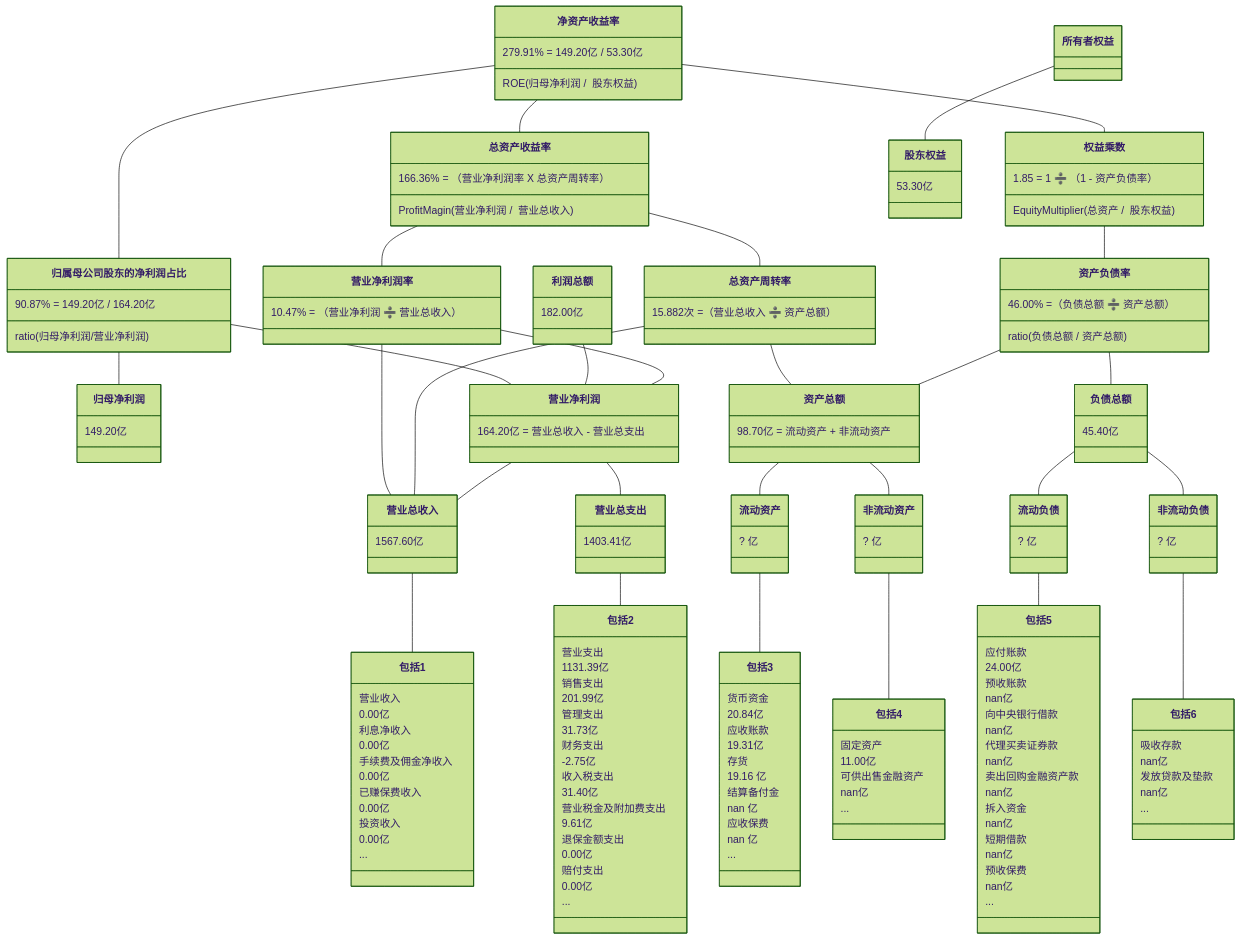
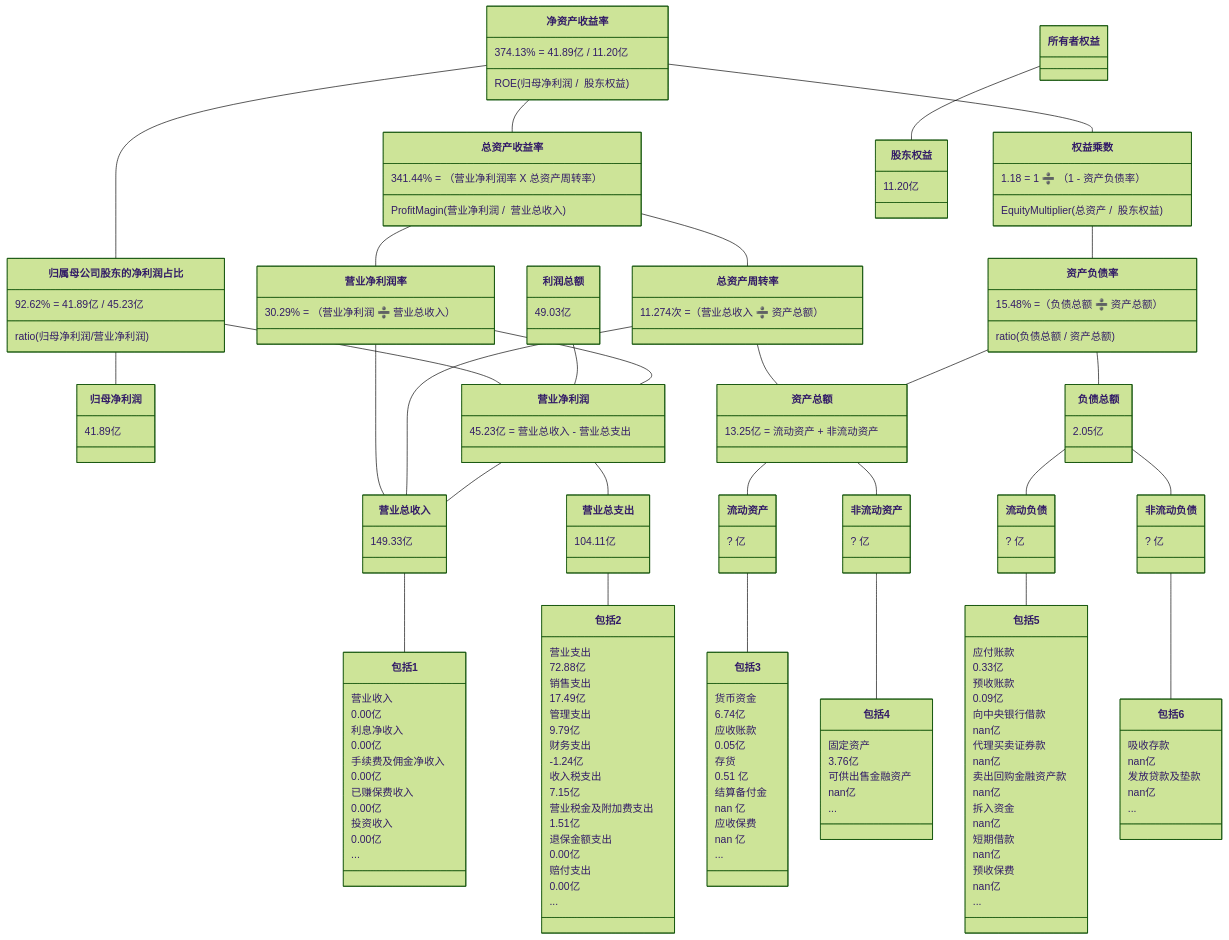
The third of 10 diagrams in 2/2.md (TheVeryDarkness/cs410), drawn with Mermaid (forest theme) before and after one commit. The commit also changed other lines of this file and 53 other files, not shown here.

````diff
--- a/2/2.md
+++ b/2/2.md
@@ -349,45 +385,45 @@
 ```mermaid
 classDiagram
 净资产收益率 -- 总资产收益率
-    净资产收益率 : 279.91% = 149.20亿 / 53.30亿
+    净资产收益率 : 374.13% = 41.89亿 / 11.20亿
     净资产收益率 : ROE(归母净利润 /  股东权益)
-    总资产收益率 : 166.36% = （营业净利润率 X 总资产周转率）
+    总资产收益率 : 341.44% = （营业净利润率 X 总资产周转率）
     总资产收益率 : ProfitMagin(营业净利润 /  营业总收入)
 净资产收益率 -- 归属母公司股东的净利润占比
-	  归属母公司股东的净利润占比 : 90.87% = 149.20亿 / 164.20亿
+	  归属母公司股东的净利润占比 : 92.62% = 41.89亿 / 45.23亿
 	  归属母公司股东的净利润占比 : ratio(归母净利润/营业净利润)
 归属母公司股东的净利润占比 -- 归母净利润
-    归母净利润 : 149.20亿
+    归母净利润 : 41.89亿
 归属母公司股东的净利润占比 -- 营业净利润
-利润总额 : 182.00亿
+利润总额 : 49.03亿
 利润总额 -- 营业净利润
 净资产收益率 -- 权益乘数
-    权益乘数 : 1.85 = 1 ➗ （1 - 资产负债率）
+    权益乘数 : 1.18 = 1 ➗ （1 - 资产负债率）
     权益乘数 : EquityMultiplier(总资产 /  股东权益)
 
 总资产收益率 -- 营业净利润率
-    营业净利润率 : 10.47% = （营业净利润 ➗ 营业总收入）
+    营业净利润率 : 30.29% = （营业净利润 ➗ 营业总收入）
 总资产收益率 -- 总资产周转率
-    总资产周转率 : 15.882次 =（营业总收入 ➗ 资产总额）
+    总资产周转率 : 11.274次 =（营业总收入 ➗ 资产总额）
 权益乘数 -- 资产负债率
-    资产负债率  : 46.00% =（负债总额 ➗ 资产总额）
+    资产负债率  : 15.48% =（负债总额 ➗ 资产总额）
     资产负债率  : ratio(负债总额 / 资产总额)
 
 营业净利润率 -- 营业净利润
-    营业净利润 : 164.20亿 = 营业总收入 - 营业总支出
+    营业净利润 : 45.23亿 = 营业总收入 - 营业总支出
 营业净利润率 -- 营业总收入
 总资产周转率 -- 营业总收入
 总资产周转率 -- 资产总额
-    资产总额 : 98.70亿 = 流动资产 + 非流动资产
+    资产总额 : 13.25亿 = 流动资产 + 非流动资产
 资产负债率 -- 负债总额
-    负债总额 : 45.40亿
+    负债总额 : 2.05亿
 资产负债率 -- 资产总额
 
 
 营业净利润 -- 营业总收入
-    营业总收入 : 1567.60亿
+    营业总收入 : 149.33亿
 营业净利润 -- 营业总支出
-    营业总支出 : 1403.41亿
+    营业总支出 : 104.11亿
 资产总额 -- 流动资产
 	  流动资产 : ? 亿
 资产总额 -- 非流动资产
@@ -411,17 +447,17 @@
     包括1 : ...
 营业总支出 -- 包括2
     包括2 : 营业支出
-    包括2 : 1131.39亿
+    包括2 : 72.88亿
     包括2 : 销售支出
-    包括2 : 201.99亿
+    包括2 : 17.49亿
     包括2 : 管理支出
-    包括2 : 31.73亿
+    包括2 : 9.79亿
     包括2 : 财务支出
-    包括2 : -2.75亿
+    包括2 : -1.24亿
     包括2 : 收入税支出
-    包括2 : 31.40亿
+    包括2 : 7.15亿
     包括2 : 营业税金及附加费支出
-    包括2 : 9.61亿
+    包括2 : 1.51亿
     包括2 : 退保金额支出
     包括2 : 0.00亿
     包括2 : 赔付支出
@@ -429,11 +465,11 @@
     包括2 : ...
 流动资产 -- 包括3
     包括3 : 货币资金
-    包括3 : 20.84亿
+    包括3 : 6.74亿
     包括3 : 应收账款
-    包括3 : 19.31亿
+    包括3 : 0.05亿
     包括3 : 存货
-    包括3 : 19.16 亿
+    包括3 : 0.51 亿
     包括3 : 结算备付金
     包括3 : nan 亿
     包括3 : 应收保费
@@ -441,15 +477,15 @@
     包括3 : ...
 非流动资产 -- 包括4
     包括4 : 固定资产
-    包括4 : 11.00亿
+    包括4 : 3.76亿
     包括4 : 可供出售金融资产
     包括4 : nan亿
     包括4 : ...
 流动负债 -- 包括5
     包括5 : 应付账款
-    包括5 : 24.00亿
+    包括5 : 0.33亿
     包括5 : 预收账款
-    包括5 : nan亿
+    包括5 : 0.09亿
     包括5 : 向中央银行借款
     包括5 : nan亿
     包括5 : 代理买卖证券款
@@ -470,5 +506,5 @@
     包括6 : nan亿
     包括6 : ...
 所有者权益 -- 股东权益
-    股东权益 : 53.30亿
+    股东权益 : 11.20亿
 ```
````
